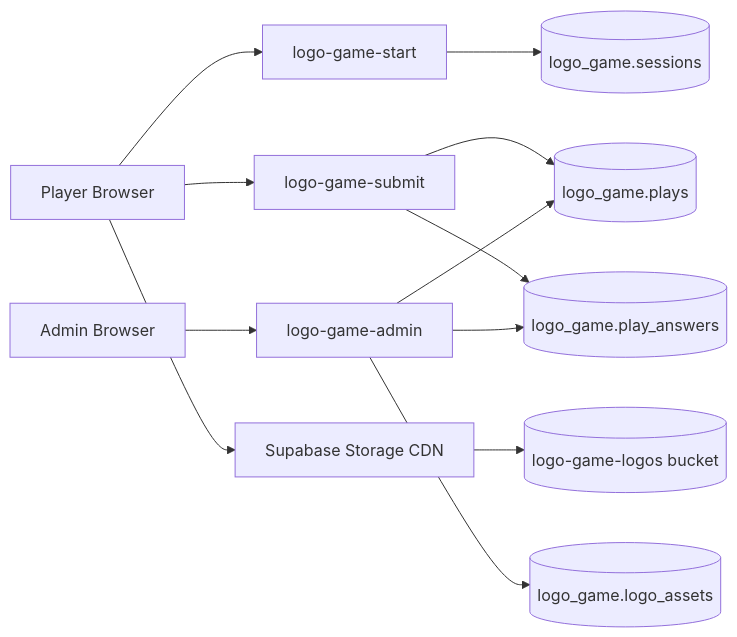
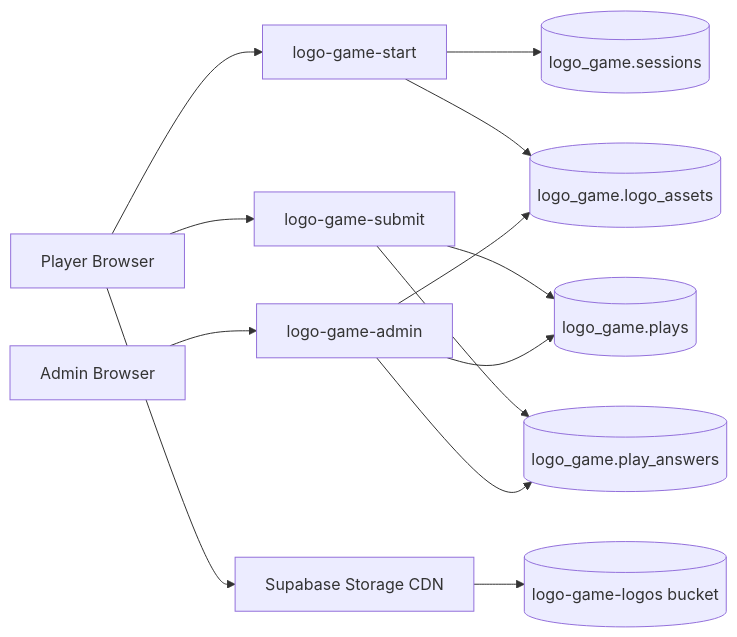
The diagram in PLAN.md (ayohx/logo-game), drawn with Mermaid before and after one commit. The commit also changed other lines of this file and 2 other files, not shown here.

````diff
--- a/PLAN.md
+++ b/PLAN.md
@@ -227,14 +333,15 @@
 ```mermaid
 flowchart LR
   PlayerBrowser[Player Browser] --> StartFn[logo-game-start]
   StartFn --> Sessions[(logo_game.sessions)]
+  StartFn --> LogoRegistry[(logo_game.logo_assets)]
   PlayerBrowser --> SubmitFn[logo-game-submit]
   SubmitFn --> Plays[(logo_game.plays)]
   SubmitFn --> PlayAnswers[(logo_game.play_answers)]
   AdminBrowser[Admin Browser] --> AdminFn[logo-game-admin]
   AdminFn --> Plays
   AdminFn --> PlayAnswers
-  AdminFn --> LogoAssets[(logo_game.logo_assets)]
+  AdminFn --> LogoRegistry
   PlayerBrowser --> StorageCdn[Supabase Storage CDN]
   StorageCdn --> LogoBucket[(logo-game-logos bucket)]
 ```
````
